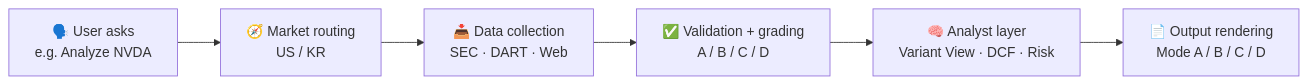
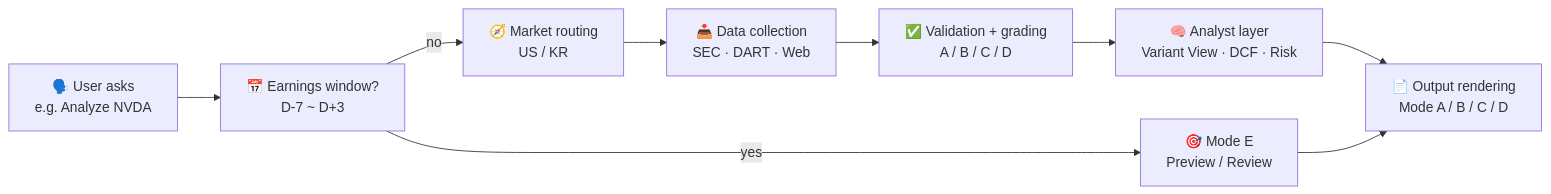
One commit to lowtidebuild/stock-analysis-agent changed the diagram in README.md. Above: the diagram before and after it, drawn with Mermaid. The commit also changed other lines of this file and 2 other files, not shown here.

Commit message:
docs: update README + TODOS for Phase A-F (Mode E + 5 enhancements)

````diff
--- a/README.md
+++ b/README.md
@@ -215,8 +276,11 @@
 ```mermaid
 flowchart LR
-    Q[🗣️ User asks<br/>e.g. Analyze NVDA] --> R[🧭 Market routing<br/>US / KR]
+    Q[🗣️ User asks<br/>e.g. Analyze NVDA] --> W[📅 Earnings window?<br/>D-7 ~ D+3]
+    W -->|yes| E[🎯 Mode E<br/>Preview / Review]
+    W -->|no| R[🧭 Market routing<br/>US / KR]
     R --> C[📥 Data collection<br/>SEC · DART · Web]
     C --> V[✅ Validation + grading<br/>A / B / C / D]
     V --> A[🧠 Analyst layer<br/>Variant View · DCF · Risk]
     A --> O[📄 Output rendering<br/>Mode A / B / C / D]
+    E --> O
 ```
````
